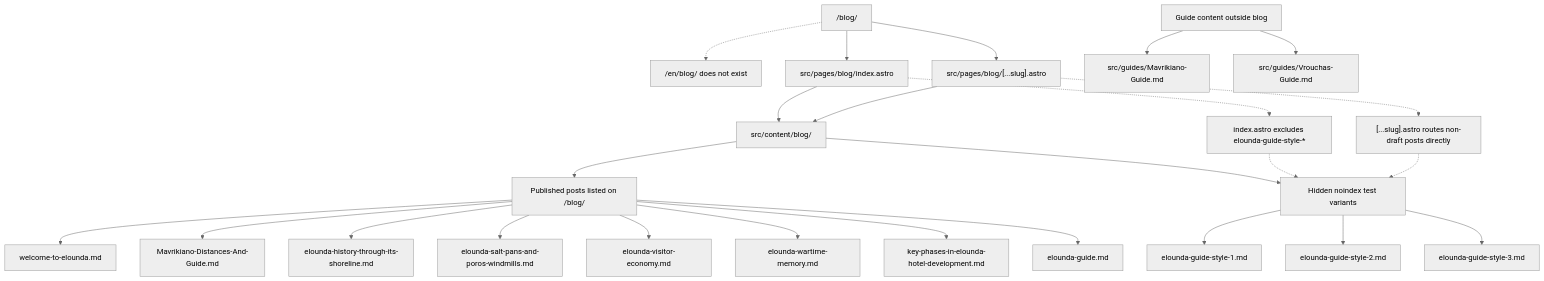
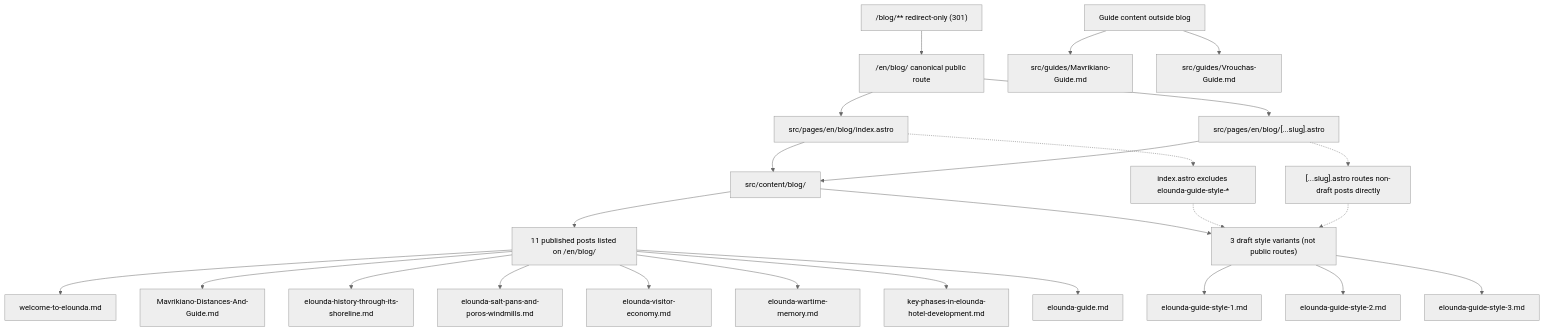
The diagram in docs/architecture/blog-content-index.mmd (Nikos1975/traditionalhomes), drawn with Mermaid (neutral theme) before and after one commit. The commit also changed 33 other files, not shown here.

Commit message:
refactor: move English blog under locale route

```diff
--- a/docs/architecture/blog-content-index.mmd
+++ b/docs/architecture/blog-content-index.mmd
@@ -1,43 +1,43 @@
 flowchart TD
-  BlogRoute["/blog/"]
-  NoEnBlog["/en/blog/ does not exist"]
+  BlogRoute["/en/blog/ canonical public route"]
+  Legacy["/blog/** redirect-only (301)"]
 
-  IndexRoute["src/pages/blog/index.astro"]
-  SlugRoute["src/pages/blog/[...slug].astro"]
+  IndexRoute["src/pages/en/blog/index.astro"]
+  SlugRoute["src/pages/en/blog/[...slug].astro"]
   BlogContent["src/content/blog/"]
 
-  Listed["Published posts listed on /blog/"]
-  HiddenTests["Hidden noindex test variants"]
+  Listed["11 published posts listed on /en/blog/"]
+  HiddenTests["3 draft style variants (not public routes)"]
   Guides["Guide content outside blog"]
 
   BlogRoute --> IndexRoute
   BlogRoute --> SlugRoute
   IndexRoute --> BlogContent
   SlugRoute --> BlogContent
-  BlogRoute -.-> NoEnBlog
+  Legacy --> BlogRoute
 
   BlogContent --> Listed
   BlogContent --> HiddenTests
 
   Listed --> Welcome["welcome-to-elounda.md"]
   Listed --> MavrikianoDistances["Mavrikiano-Distances-And-Guide.md"]
   Listed --> History["elounda-history-through-its-shoreline.md"]
   Listed --> SaltPans["elounda-salt-pans-and-poros-windmills.md"]
   Listed --> VisitorEconomy["elounda-visitor-economy.md"]
   Listed --> Wartime["elounda-wartime-memory.md"]
   Listed --> HotelDevelopment["key-phases-in-elounda-hotel-development.md"]
   Listed --> EloundaGuide["elounda-guide.md"]
 
   HiddenTests --> StyleOne["elounda-guide-style-1.md"]
   HiddenTests --> StyleTwo["elounda-guide-style-2.md"]
   HiddenTests --> StyleThree["elounda-guide-style-3.md"]
 
   Guides --> MavrikianoGuide["src/guides/Mavrikiano-Guide.md"]
   Guides --> VrouchasGuide["src/guides/Vrouchas-Guide.md"]
 
   IndexRule["index.astro excludes elounda-guide-style-*"]
   SlugRule["[...slug].astro routes non-draft posts directly"]
   IndexRoute -.-> IndexRule
   IndexRule -.-> HiddenTests
   SlugRoute -.-> SlugRule
   SlugRule -.-> HiddenTests
```
